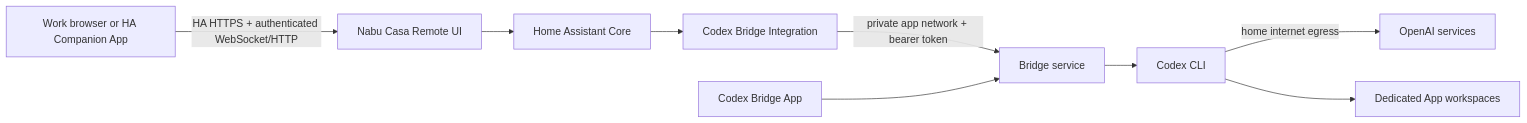
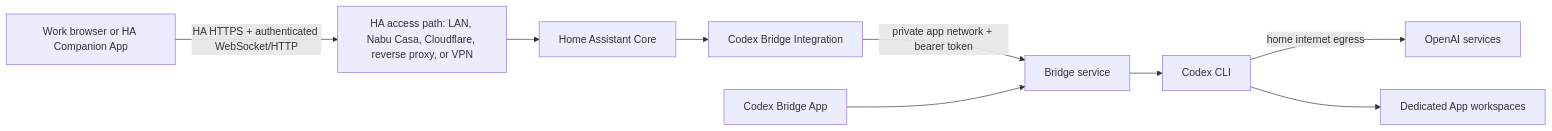
The diagram in docs/aegis/specs/2026-07-12-home-assistant-native-codex-design.md (Herbertmt978/HA_Codex_Bridge), drawn with Mermaid before and after one commit. The commit also changed other lines of this file and 1 other file, not shown here.

Commit message:
Clarify remote access and ChatGPT authentication

````diff
--- a/docs/aegis/specs/2026-07-12-home-assistant-native-codex-design.md
+++ b/docs/aegis/specs/2026-07-12-home-assistant-native-codex-design.md
@@ -82,21 +82,21 @@
 ```mermaid
 flowchart LR
     Browser["Work browser or HA Companion App"]
-    Nabu["Nabu Casa Remote UI"]
+    Access["HA access path: LAN, Nabu Casa, Cloudflare, reverse proxy, or VPN"]
     Core["Home Assistant Core"]
     Integration["Codex Bridge Integration"]
     App["Codex Bridge App"]
     Bridge["Bridge service"]
     Codex["Codex CLI"]
     OpenAI["OpenAI services"]
     Workspace["Dedicated App workspaces"]
 
-    Browser -->|"HA HTTPS + authenticated WebSocket/HTTP"| Nabu
-    Nabu --> Core
+    Browser -->|"HA HTTPS + authenticated WebSocket/HTTP"| Access
+    Access --> Core
     Core --> Integration
     Integration -->|"private app network + bearer token"| Bridge
     App --> Bridge
     Bridge --> Codex
     Codex -->|"home internet egress"| OpenAI
     Codex --> Workspace
 ```
````
